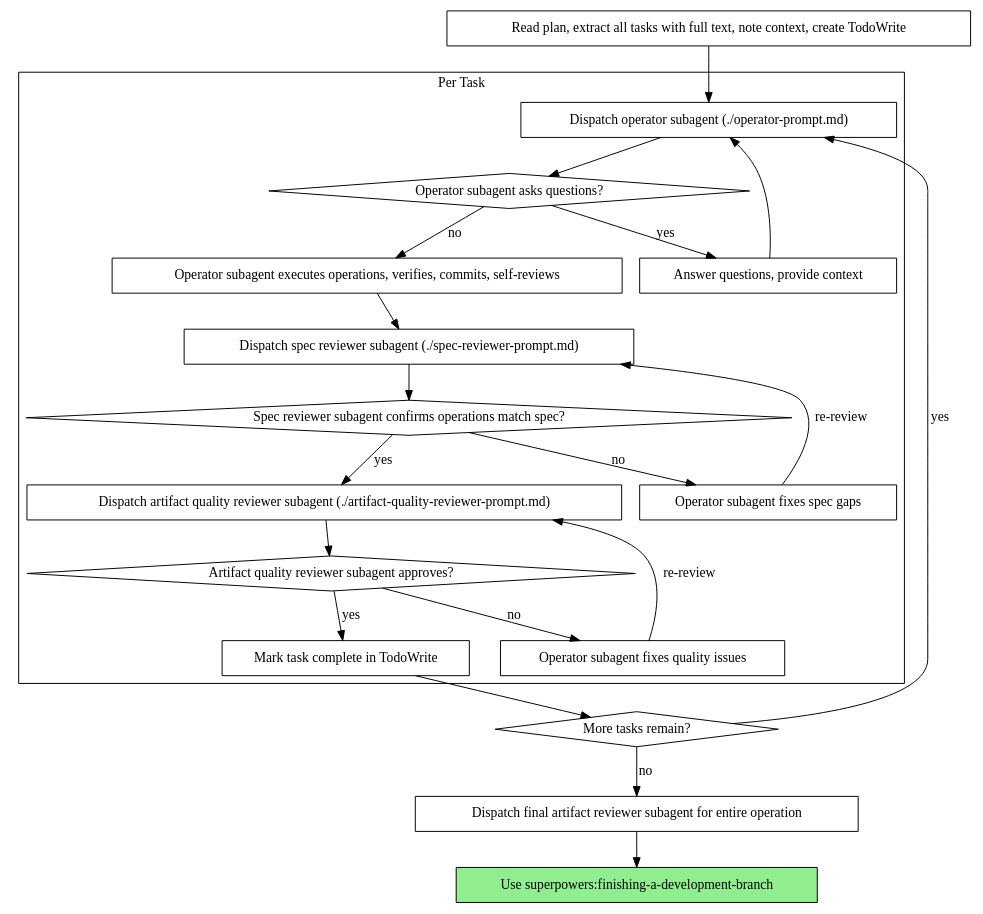
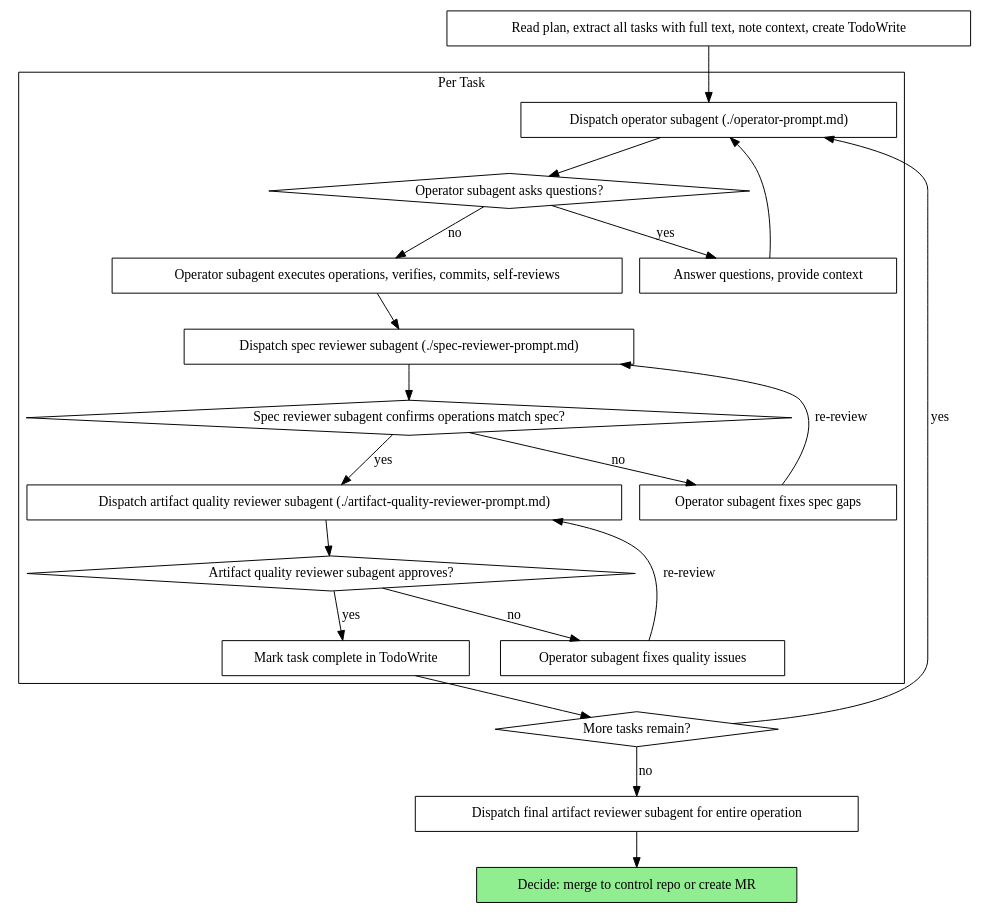
The second of 2 diagrams in skills/subagent-driven-operation/SKILL.md (yg-codes/srepowers), drawn with Graphviz before and after one commit. The commit also changed other lines of this file, not shown here.

Commit message:
fix: replace superpowers references with srepowers equivalents

````diff
--- a/skills/subagent-driven-operation/SKILL.md
+++ b/skills/subagent-driven-operation/SKILL.md
@@ -41,44 +41,44 @@
 ```dot
 digraph process {
     rankdir=TB;
 
     subgraph cluster_per_task {
         label="Per Task";
         "Dispatch operator subagent (./operator-prompt.md)" [shape=box];
         "Operator subagent asks questions?" [shape=diamond];
         "Answer questions, provide context" [shape=box];
         "Operator subagent executes operations, verifies, commits, self-reviews" [shape=box];
         "Dispatch spec reviewer subagent (./spec-reviewer-prompt.md)" [shape=box];
         "Spec reviewer subagent confirms operations match spec?" [shape=diamond];
         "Operator subagent fixes spec gaps" [shape=box];
         "Dispatch artifact quality reviewer subagent (./artifact-quality-reviewer-prompt.md)" [shape=box];
         "Artifact quality reviewer subagent approves?" [shape=diamond];
         "Operator subagent fixes quality issues" [shape=box];
         "Mark task complete in TodoWrite" [shape=box];
     }
 
     "Read plan, extract all tasks with full text, note context, create TodoWrite" [shape=box];
     "More tasks remain?" [shape=diamond];
     "Dispatch final artifact reviewer subagent for entire operation" [shape=box];
-    "Use superpowers:finishing-a-development-branch" [shape=box style=filled fillcolor=lightgreen];
+    "Decide: merge to control repo or create MR" [shape=box style=filled fillcolor=lightgreen];
 
     "Read plan, extract all tasks with full text, note context, create TodoWrite" -> "Dispatch operator subagent (./operator-prompt.md)";
     "Dispatch operator subagent (./operator-prompt.md)" -> "Operator subagent asks questions?";
     "Operator subagent asks questions?" -> "Answer questions, provide context" [label="yes"];
     "Answer questions, provide context" -> "Dispatch operator subagent (./operator-prompt.md)";
     "Operator subagent asks questions?" -> "Operator subagent executes operations, verifies, commits, self-reviews" [label="no"];
     "Operator subagent executes operations, verifies, commits, self-reviews" -> "Dispatch spec reviewer subagent (./spec-reviewer-prompt.md)";
     "Dispatch spec reviewer subagent (./spec-reviewer-prompt.md)" -> "Spec reviewer subagent confirms operations match spec?";
     "Spec reviewer subagent confirms operations match spec?" -> "Operator subagent fixes spec gaps" [label="no"];
     "Operator subagent fixes spec gaps" -> "Dispatch spec reviewer subagent (./spec-reviewer-prompt.md)" [label="re-review"];
     "Spec reviewer subagent confirms operations match spec?" -> "Dispatch artifact quality reviewer subagent (./artifact-quality-reviewer-prompt.md)" [label="yes"];
     "Dispatch artifact quality reviewer subagent (./artifact-quality-reviewer-prompt.md)" -> "Artifact quality reviewer subagent approves?";
     "Artifact quality reviewer subagent approves?" -> "Operator subagent fixes quality issues" [label="no"];
     "Operator subagent fixes quality issues" -> "Dispatch artifact quality reviewer subagent (./artifact-quality-reviewer-prompt.md)" [label="re-review"];
     "Artifact quality reviewer subagent approves?" -> "Mark task complete in TodoWrite" [label="yes"];
     "Mark task complete in TodoWrite" -> "More tasks remain?";
     "More tasks remain?" -> "Dispatch operator subagent (./operator-prompt.md)" [label="yes"];
     "More tasks remain?" -> "Dispatch final artifact reviewer subagent for entire operation" [label="no"];
-    "Dispatch final artifact reviewer subagent for entire operation" -> "Use superpowers:finishing-a-development-branch";
+    "Dispatch final artifact reviewer subagent for entire operation" -> "Decide: merge to control repo or create MR";
 }
 ```
````
